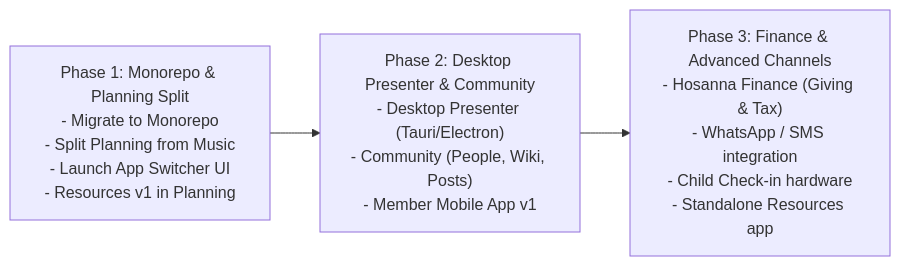
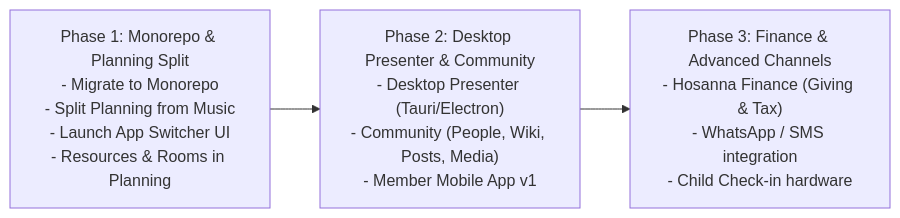
Before and after one commit to Apoll011/hosanna-suite: the fifth of 5 diagrams in FUTURE_DIRECTION.md, drawn with Mermaid. The commit also changed other lines of this file, not shown here.

Commit message:
refactor: reorganize sections and update architectural decisions in future vision documentation

````diff
--- a/FUTURE_DIRECTION.md
+++ b/FUTURE_DIRECTION.md
@@ -292,8 +272,8 @@
 ```mermaid
 flowchart LR
-    Phase1["Phase 1: Monorepo & Planning Split\n- Migrate to Monorepo\n- Split Planning from Music\n- Launch App Switcher UI\n- Resources v1 in Planning"]
-    Phase2["Phase 2: Desktop Presenter & Community\n- Desktop Presenter (Tauri/Electron)\n- Community (People, Wiki, Posts)\n- Member Mobile App v1"]
-    Phase3["Phase 3: Finance & Advanced Channels\n- Hosanna Finance (Giving & Tax)\n- WhatsApp / SMS integration\n- Child Check-in hardware\n- Standalone Resources app"]
+    Phase1["Phase 1: Monorepo & Planning Split\n- Migrate to Monorepo\n- Split Planning from Music\n- Launch App Switcher UI\n- Resources & Rooms in Planning"]
+    Phase2["Phase 2: Desktop Presenter & Community\n- Desktop Presenter (Tauri/Electron)\n- Community (People, Wiki, Posts, Media)\n- Member Mobile App v1"]
+    Phase3["Phase 3: Finance & Advanced Channels\n- Hosanna Finance (Giving & Tax)\n- WhatsApp / SMS integration\n- Child Check-in hardware"]
 
     Phase1 --> Phase2 --> Phase3
 ```
````
